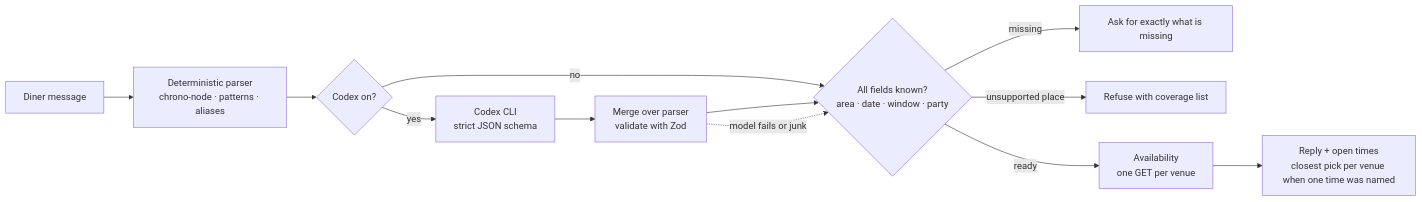
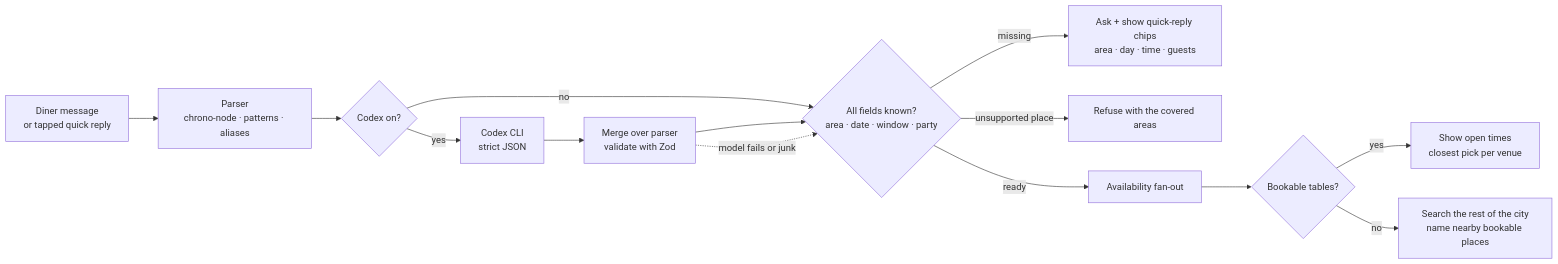
Before and after one commit to Dileep2896/pearl-table-concierge: the fourth of 7 diagrams in ARCHITECTURE.md, drawn with Mermaid. The commit also changed other lines of this file and 7 other files, not shown here.

````diff
--- a/ARCHITECTURE.md
+++ b/ARCHITECTURE.md
@@ -77,14 +80,15 @@
 ```mermaid
 flowchart LR
-  M[Diner message] --> P[Deterministic parser<br/>chrono-node · patterns · aliases]
+  M[Diner message<br/>or tapped quick reply] --> P[Parser<br/>chrono-node · patterns · aliases]
   P --> C{Codex on?}
+  C -->|yes| X[Codex CLI<br/>strict JSON] --> MG[Merge over parser<br/>validate with Zod]
   C -->|no| V
-  C -->|yes| X[Codex CLI<br/>strict JSON schema]
-  X --> MG[Merge over parser<br/>validate with Zod]
   MG --> V{All fields known?<br/>area · date · window · party}
   MG -.->|model fails or junk| V
-  V -->|missing| Q[Ask for exactly what is missing]
-  V -->|unsupported place| R[Refuse with coverage list]
-  V -->|ready| F[Availability<br/>one GET per venue]
-  F --> S[Reply + open times<br/>closest pick per venue when one time was named]
+  V -->|missing| Q[Ask + show quick-reply chips<br/>area · day · time · guests]
+  V -->|unsupported place| R[Refuse with the covered areas]
+  V -->|ready| F[Availability fan-out]
+  F --> B{Bookable tables?}
+  B -->|yes| S[Show open times<br/>closest pick per venue]
+  B -->|no| N[Search the rest of the city<br/>name nearby bookable places]
 ```
````
